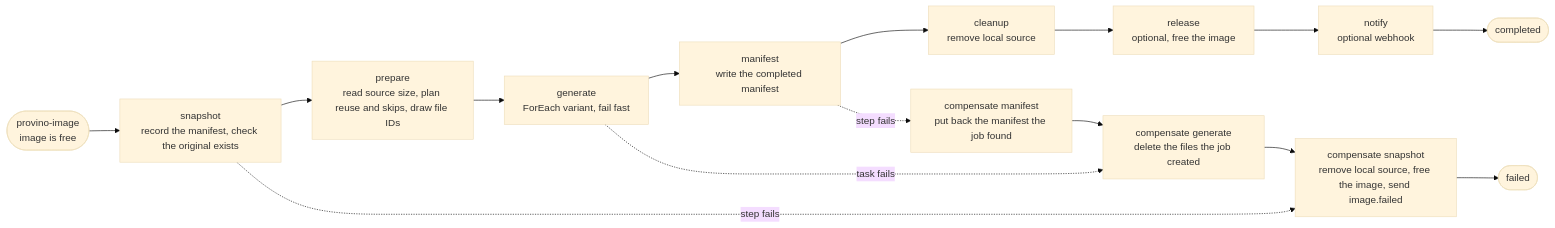
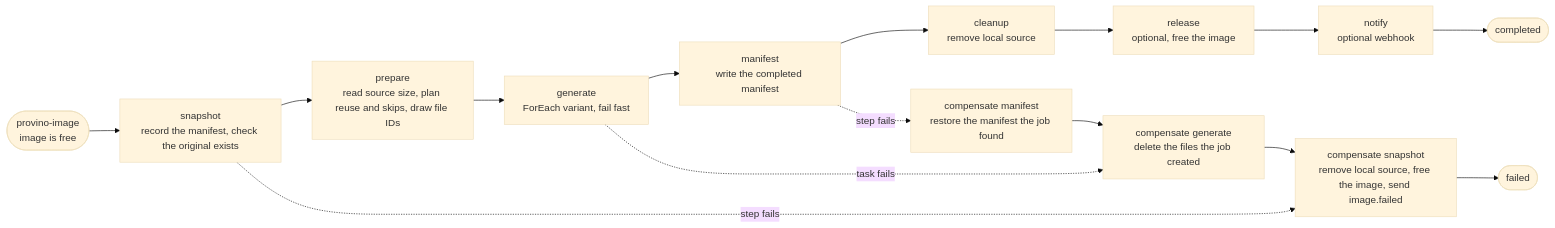
Before and after one commit to ItalyPaleAle/provino: the diagram in internal/actors/README.md, drawn with Mermaid (base theme). The commit also changed other lines of this file and 6 other files, not shown here.

````diff
--- a/internal/actors/README.md
+++ b/internal/actors/README.md
@@ -34,17 +42,17 @@
 ```mermaid
 flowchart LR
     START(["provino-image<br/>image is free"]) --> SNAPSHOT
     SNAPSHOT["snapshot<br/>record the manifest, check the original exists"] --> PREPARE
     PREPARE["prepare<br/>read source size, plan reuse and skips, draw file IDs"] --> GENERATE
     GENERATE["generate<br/>ForEach variant, fail fast"] --> MANIFEST
     MANIFEST["manifest<br/>write the completed manifest"] --> CLEANUP
     CLEANUP["cleanup<br/>remove local source"] --> RELEASE
     RELEASE["release<br/>optional, free the image"] --> NOTIFY
     NOTIFY["notify<br/>optional webhook"] --> DONE(["completed"])
     GENERATE -. task fails .-> UNDO_GENERATE["compensate generate<br/>delete the files the job created"]
-    MANIFEST -. step fails .-> UNDO_MANIFEST["compensate manifest<br/>put back the manifest the job found"]
+    MANIFEST -. step fails .-> UNDO_MANIFEST["compensate manifest<br/>restore the manifest the job found"]
     UNDO_MANIFEST --> UNDO_GENERATE
     UNDO_GENERATE --> UNDO_SNAPSHOT["compensate snapshot<br/>remove local source, free the image, send image.failed"]
     SNAPSHOT -. step fails .-> UNDO_SNAPSHOT
     UNDO_SNAPSHOT --> FAILED(["failed"])
 ```
````
